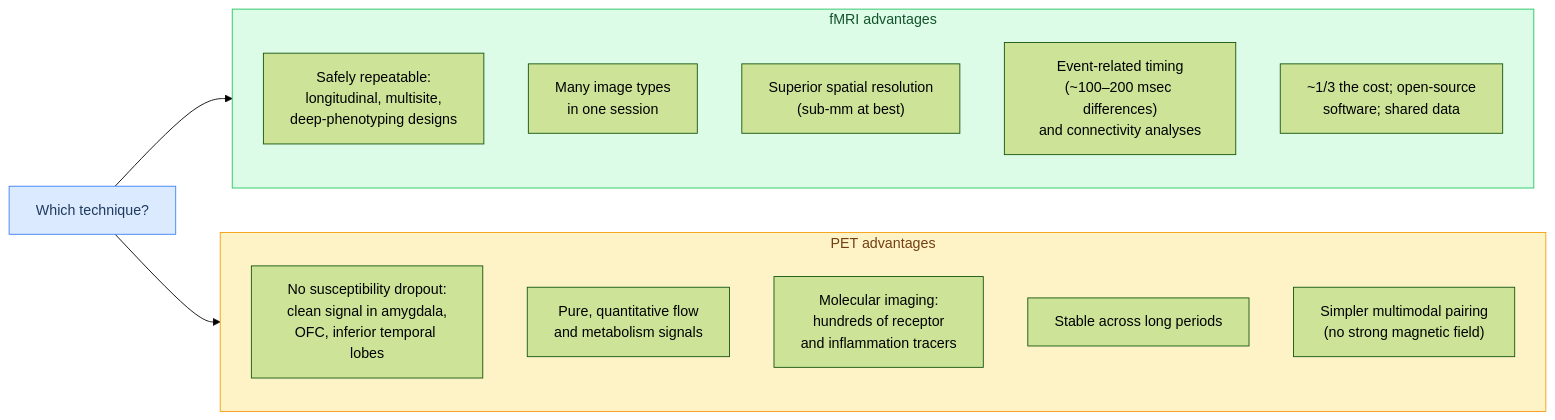
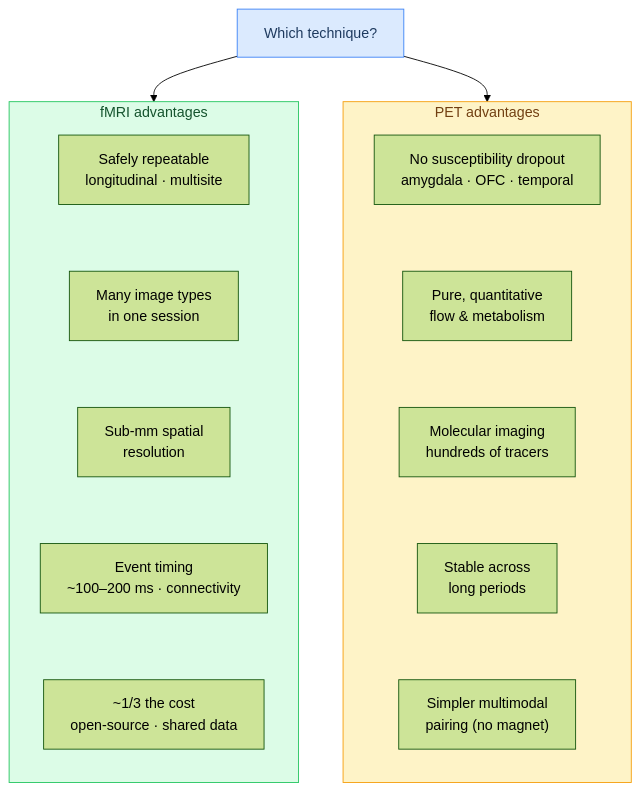
The second of 2 diagrams in part1/ch04-types-of-neuroimaging.md (torwager/elements-of-fmri-tutorials), drawn with Mermaid (forest theme) before and after one commit. The commit also changed other lines of this file and 64 other files, not shown here.

First line of the commit message:
Polish batch A (ch 1-21): equation where-lines + hover tooltips, verbose comments, example outputs, resource links, figure rights + fixes, mermaid cleanup

````diff
--- a/part1/ch04-types-of-neuroimaging.md
+++ b/part1/ch04-types-of-neuroimaging.md
@@ -140,22 +156,33 @@
 ```{mermaid}
-flowchart LR
+flowchart TD
+    Q["Which technique?"]
     subgraph F["fMRI advantages"]
-        F1["Safely repeatable:<br/>longitudinal, multisite,<br/>deep-phenotyping designs"]
+        direction TB
+        F1["Safely repeatable<br/>longitudinal · multisite"]
         F2["Many image types<br/>in one session"]
-        F3["Superior spatial resolution<br/>(sub-mm at best)"]
-        F4["Event-related timing<br/>(~100–200 msec differences)<br/>and connectivity analyses"]
-        F5["~1/3 the cost; open-source<br/>software; shared data"]
+        F3["Sub-mm spatial<br/>resolution"]
+        F4["Event timing<br/>~100–200 ms · connectivity"]
+        F5["~1/3 the cost<br/>open-source · shared data"]
+        F1 ~~~ F2
+        F2 ~~~ F3
+        F3 ~~~ F4
+        F4 ~~~ F5
     end
     subgraph P["PET advantages"]
-        P1["No susceptibility dropout:<br/>clean signal in amygdala,<br/>OFC, inferior temporal lobes"]
-        P2["Pure, quantitative flow<br/>and metabolism signals"]
-        P3["Molecular imaging:<br/>hundreds of receptor<br/>and inflammation tracers"]
-        P4["Stable across long periods"]
-        P5["Simpler multimodal pairing<br/>(no strong magnetic field)"]
+        direction TB
+        P1["No susceptibility dropout<br/>amygdala · OFC · temporal"]
+        P2["Pure, quantitative<br/>flow & metabolism"]
+        P3["Molecular imaging<br/>hundreds of tracers"]
+        P4["Stable across<br/>long periods"]
+        P5["Simpler multimodal<br/>pairing (no magnet)"]
+        P1 ~~~ P2
+        P2 ~~~ P3
+        P3 ~~~ P4
+        P4 ~~~ P5
     end
-    Q["Which technique?"] --> F
+    Q --> F
     Q --> P
     style Q fill:#dbeafe,stroke:#3b82f6,color:#1e3a5f
     style F fill:#dcfce7,stroke:#22c55e,color:#14532d
     style P fill:#fef3c7,stroke:#f59e0b,color:#713f12
 ```
````
